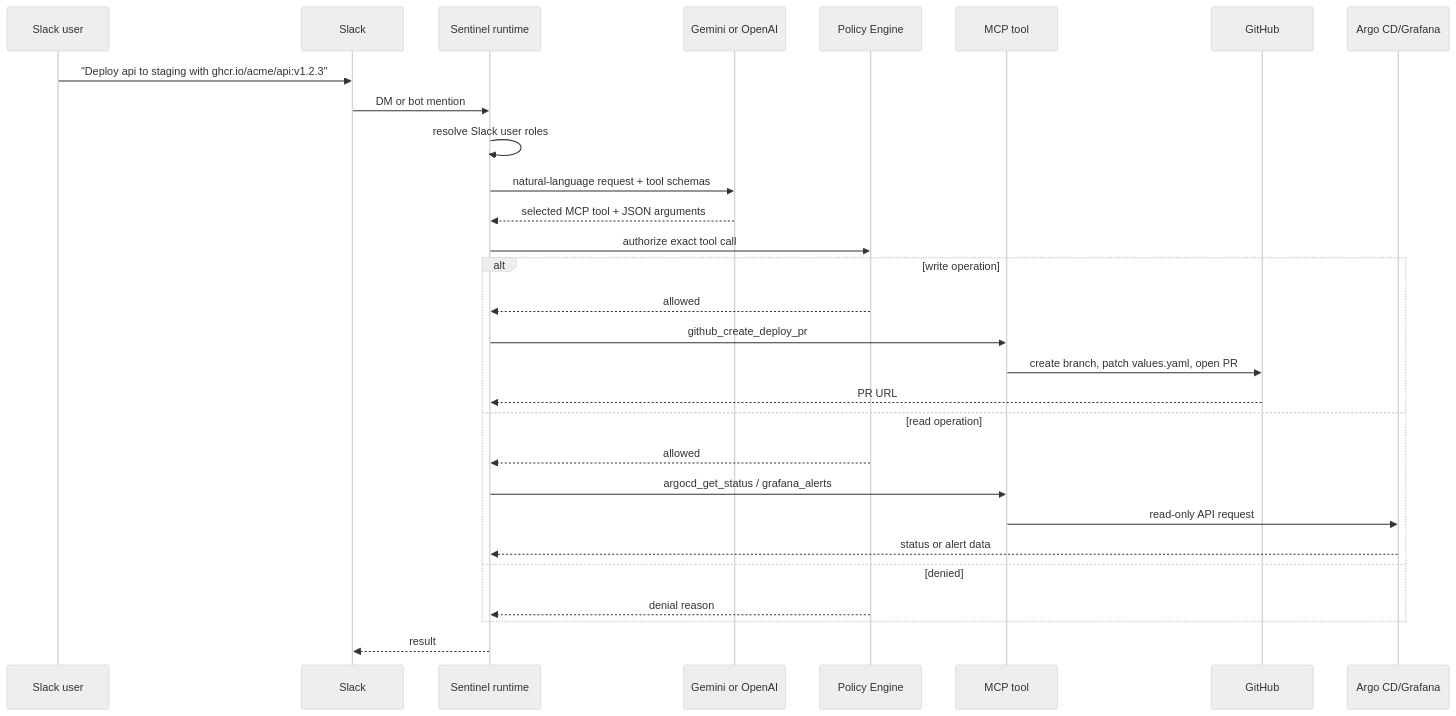
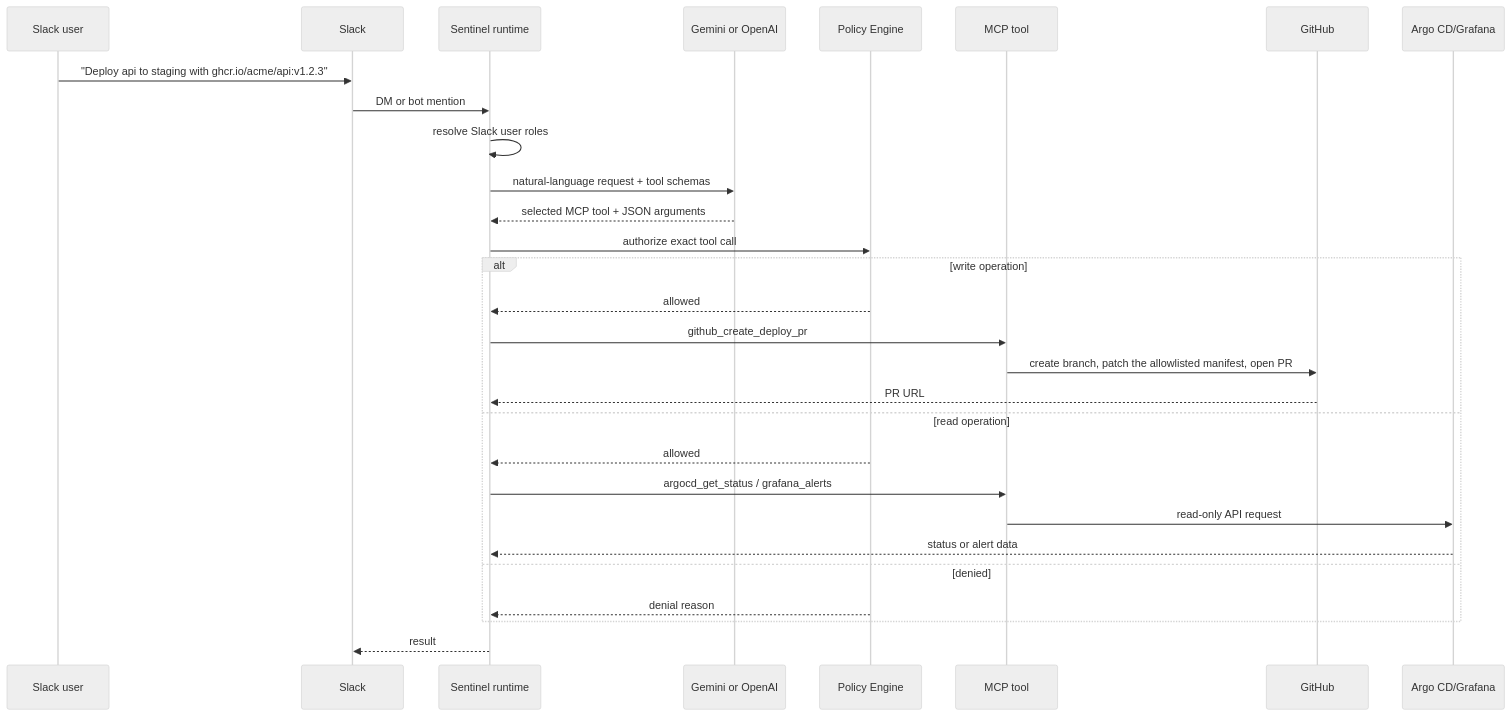
The second of 2 diagrams in README.md (downfa11/cluster-sentinel), drawn with Mermaid (neutral theme) before and after one commit. The commit also changed other lines of this file and 27 other files, not shown here.

````diff
--- a/README.md
+++ b/README.md
@@ -35,32 +35,32 @@
 ```mermaid
 sequenceDiagram
     participant User as Slack user
     participant Slack as Slack
     participant Sentinel as Sentinel runtime
     participant LLM as Gemini or OpenAI
     participant Policy as Policy Engine
     participant Tool as MCP tool
     participant GitHub as GitHub
     participant Argo as Argo CD/Grafana
 
     User->>Slack: "Deploy api to staging with ghcr.io/acme/api:v1.2.3"
     Slack->>Sentinel: DM or bot mention
     Sentinel->>Sentinel: resolve Slack user roles
     Sentinel->>LLM: natural-language request + tool schemas
     LLM-->>Sentinel: selected MCP tool + JSON arguments
     Sentinel->>Policy: authorize exact tool call
     alt write operation
         Policy-->>Sentinel: allowed
         Sentinel->>Tool: github_create_deploy_pr
-        Tool->>GitHub: create branch, patch values.yaml, open PR
+        Tool->>GitHub: create branch, patch the allowlisted manifest, open PR
         GitHub-->>Sentinel: PR URL
     else read operation
         Policy-->>Sentinel: allowed
         Sentinel->>Tool: argocd_get_status / grafana_alerts
         Tool->>Argo: read-only API request
         Argo-->>Sentinel: status or alert data
     else denied
         Policy-->>Sentinel: denial reason
     end
     Sentinel-->>Slack: result
 ```
````
